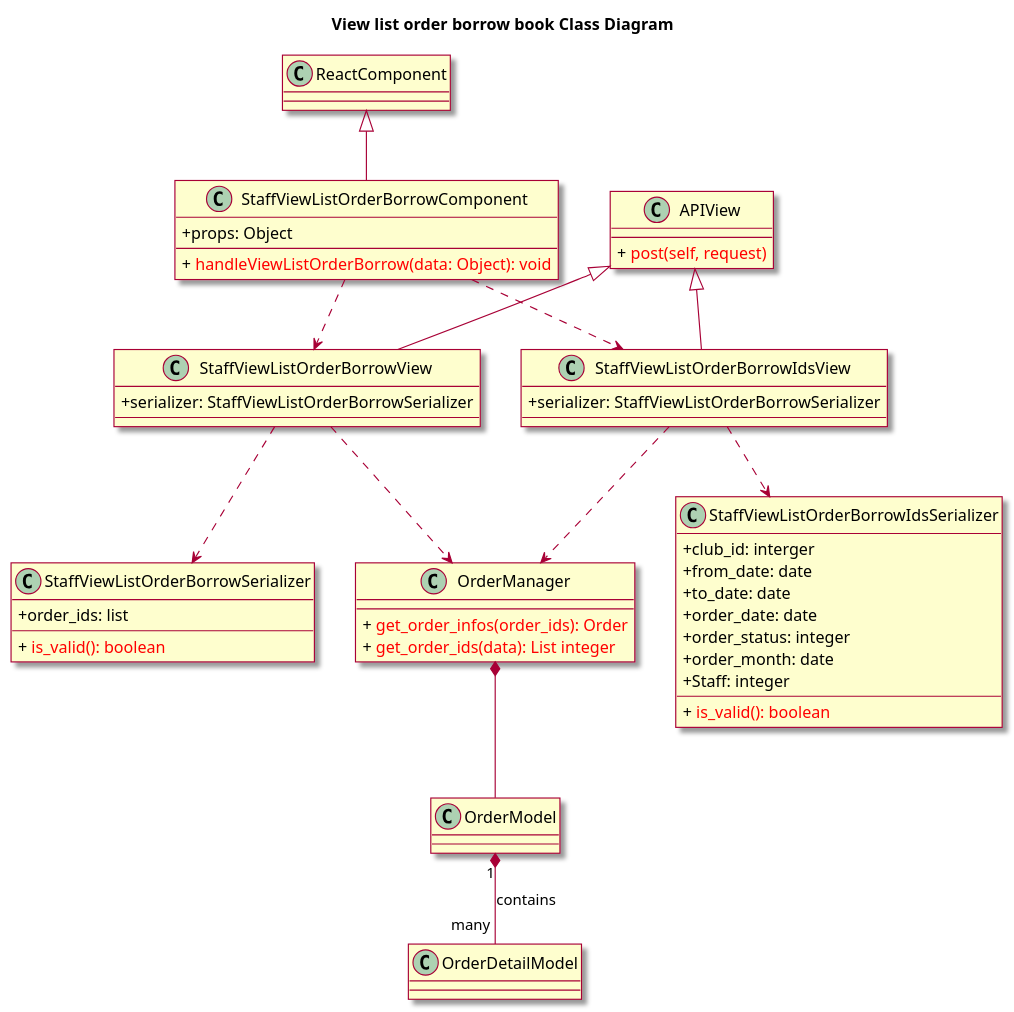
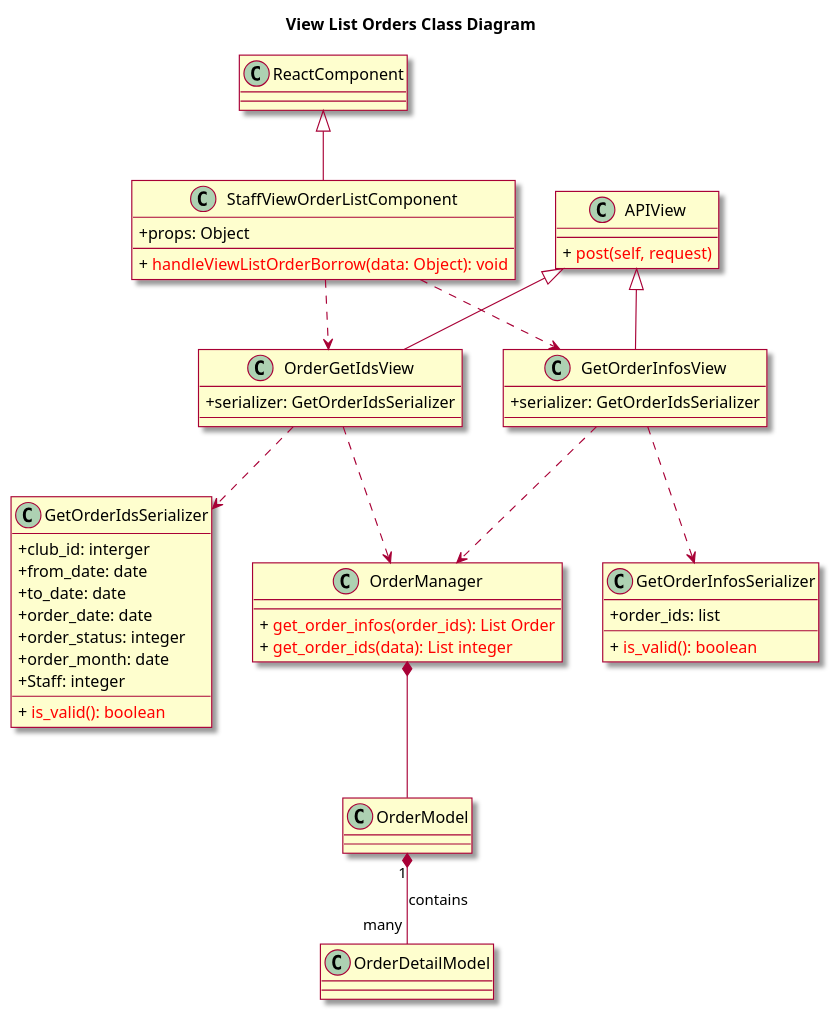
One commit to ljttl3q04t/Book-Over-There changed the diagram in uml/026-classs-view-orders-list.wsd. Above: the diagram before and after it, drawn with PlantUML.

```diff
--- a/uml/026-classs-view-orders-list.wsd
+++ b/uml/026-classs-view-orders-list.wsd
@@ -1,60 +1,61 @@
 @startuml
 skin rose
 skinparam classAttributeIconSize 0
 
-title View list order borrow book Class Diagram
+title View List Orders Class Diagram
 class ReactComponent
 
-class StaffViewListOrderBorrowComponent {
+class StaffViewOrderListComponent {
 	+ props: Object
 	+ {method} <color:red> handleViewListOrderBorrow(data: Object): void
 }
 
-class StaffViewListOrderBorrowView {
-	+ serializer: StaffViewListOrderBorrowSerializer
+class OrderGetIdsView {
+	+ serializer: GetOrderIdsSerializer
 }
 
-class StaffViewListOrderBorrowIdsView {
-	+ serializer: StaffViewListOrderBorrowSerializer
+class GetOrderInfosView {
+	+ serializer: GetOrderIdsSerializer
 }
 
 class APIView {
 	+ {method} <color:red> post(self, request)
 }
 
-class StaffViewListOrderBorrowSerializer {
+class GetOrderInfosSerializer {
 	+  order_ids: list
 	+ {method} <color:red> is_valid(): boolean
 }
-class StaffViewListOrderBorrowIdsSerializer {
+
+class GetOrderIdsSerializer {
 	+  club_id: interger
 	+  from_date: date
 	+  to_date: date
 	+  order_date: date
 	+  order_status: integer
 	+  order_month: date
 	+  Staff: integer
 	+ {method} <color:red> is_valid(): boolean
 }
 class OrderManager {
-	+ {method} <color:red> get_order_infos(order_ids): Order
+	+ {method} <color:red> get_order_infos(order_ids): List Order
 	+ {method} <color:red> get_order_ids(data): List integer
 }
 
 class OrderModel {
 }
 class OrderDetailModel {
 }
 
-ReactComponent <|-- StaffViewListOrderBorrowComponent
-APIView <|-- StaffViewListOrderBorrowView
-APIView <|-- StaffViewListOrderBorrowIdsView
-StaffViewListOrderBorrowComponent ..> StaffViewListOrderBorrowView
-StaffViewListOrderBorrowComponent ..> StaffViewListOrderBorrowIdsView
-StaffViewListOrderBorrowIdsView ..> StaffViewListOrderBorrowIdsSerializer
-StaffViewListOrderBorrowIdsView ..> OrderManager
-StaffViewListOrderBorrowView ..> StaffViewListOrderBorrowSerializer
-StaffViewListOrderBorrowView ..> OrderManager
+ReactComponent <|-- StaffViewOrderListComponent
+APIView <|-- OrderGetIdsView
+APIView <|-- GetOrderInfosView
+StaffViewOrderListComponent ..> OrderGetIdsView
+StaffViewOrderListComponent ..> GetOrderInfosView
+GetOrderInfosView ..> GetOrderInfosSerializer
+GetOrderInfosView ..> OrderManager
+OrderGetIdsView ..> GetOrderIdsSerializer
+OrderGetIdsView ..> OrderManager
 OrderManager *-- OrderModel
 OrderModel "1" *-- "many" OrderDetailModel : contains
 @enduml
```
